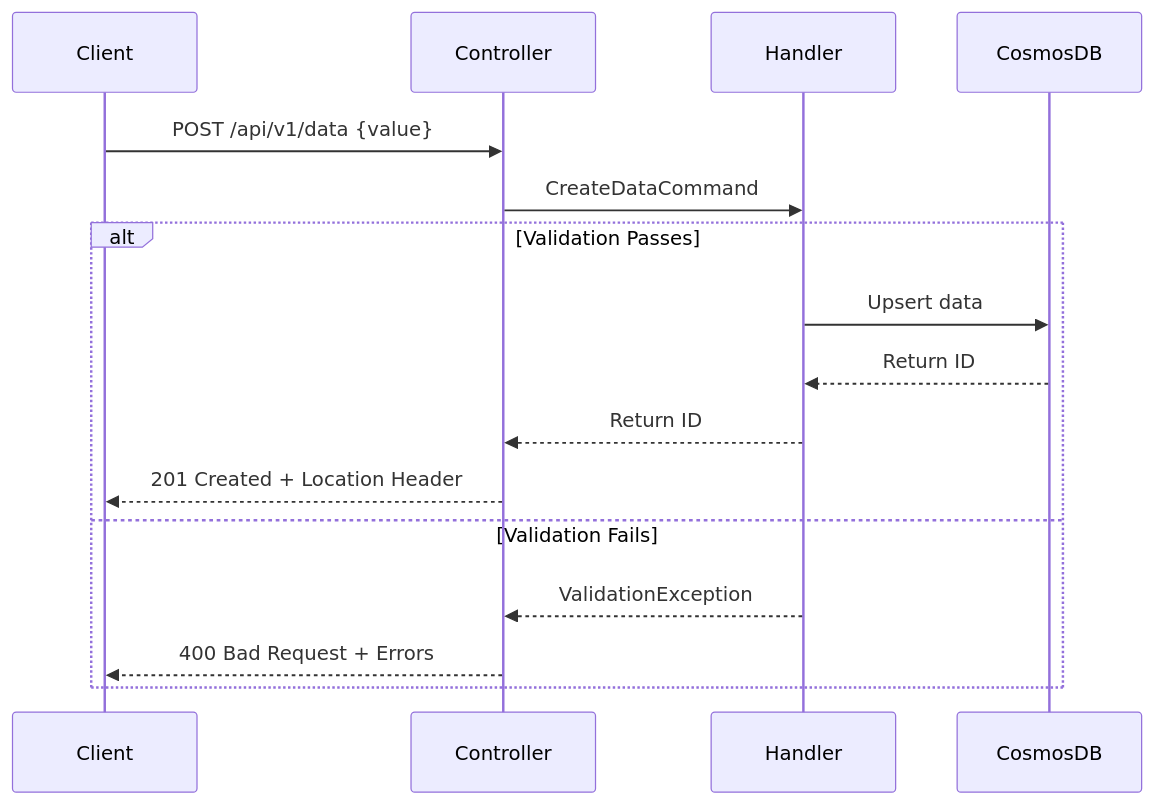
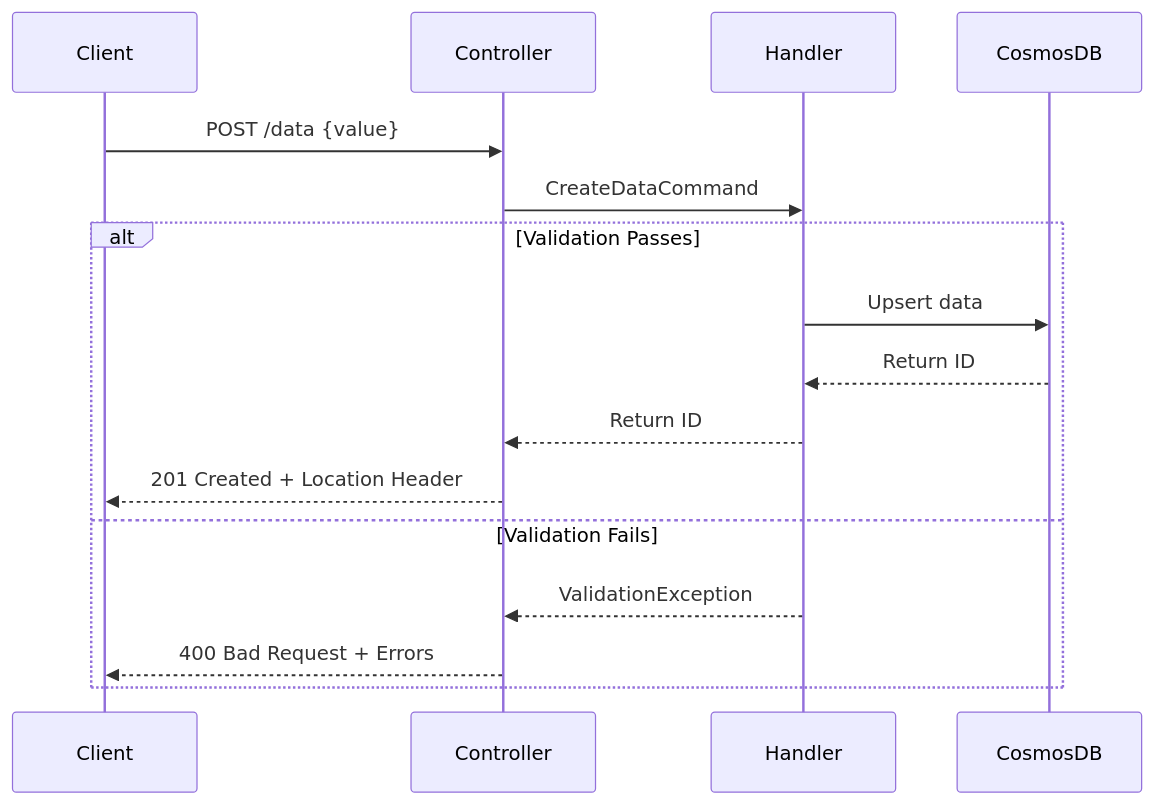
Before and after one commit to elvisskensberg/DotNet-MultiLayered-Cache-Task: the second of 2 diagrams in README.md, drawn with Mermaid. The commit also changed other lines of this file, not shown here.

````diff
--- a/README.md
+++ b/README.md
@@ -375,20 +375,20 @@
 ```mermaid
 sequenceDiagram
     participant Client
     participant Controller
     participant Handler
     participant CosmosDB
 
-    Client->>Controller: POST /api/v1/data {value}
+    Client->>Controller: POST /data {value}
     Controller->>Handler: CreateDataCommand
 
     alt Validation Passes
         Handler->>CosmosDB: Upsert data
         CosmosDB-->>Handler: Return ID
         Handler-->>Controller: Return ID
         Controller-->>Client: 201 Created + Location Header
     else Validation Fails
         Handler-->>Controller: ValidationException
         Controller-->>Client: 400 Bad Request + Errors
     end
 ```
````
